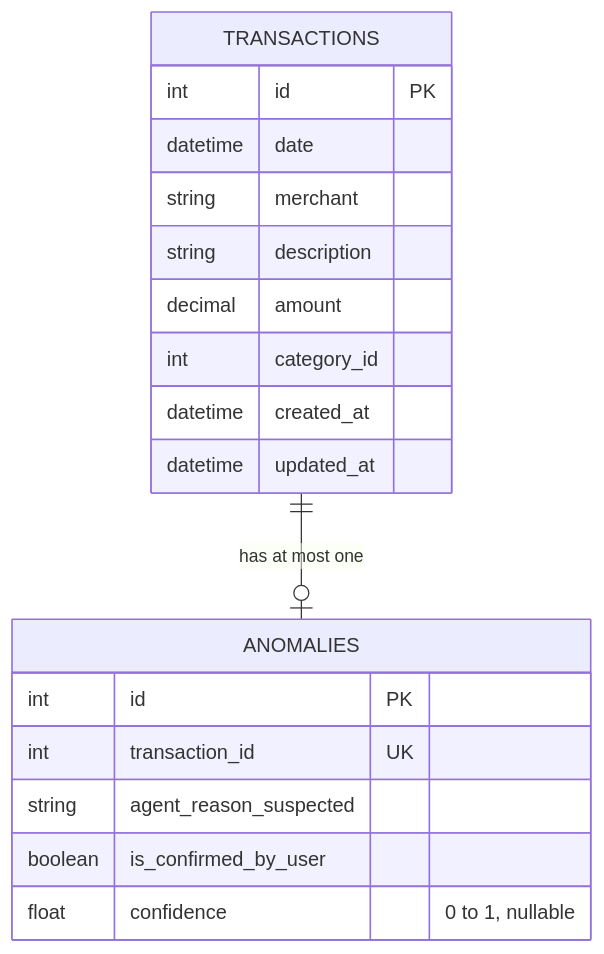
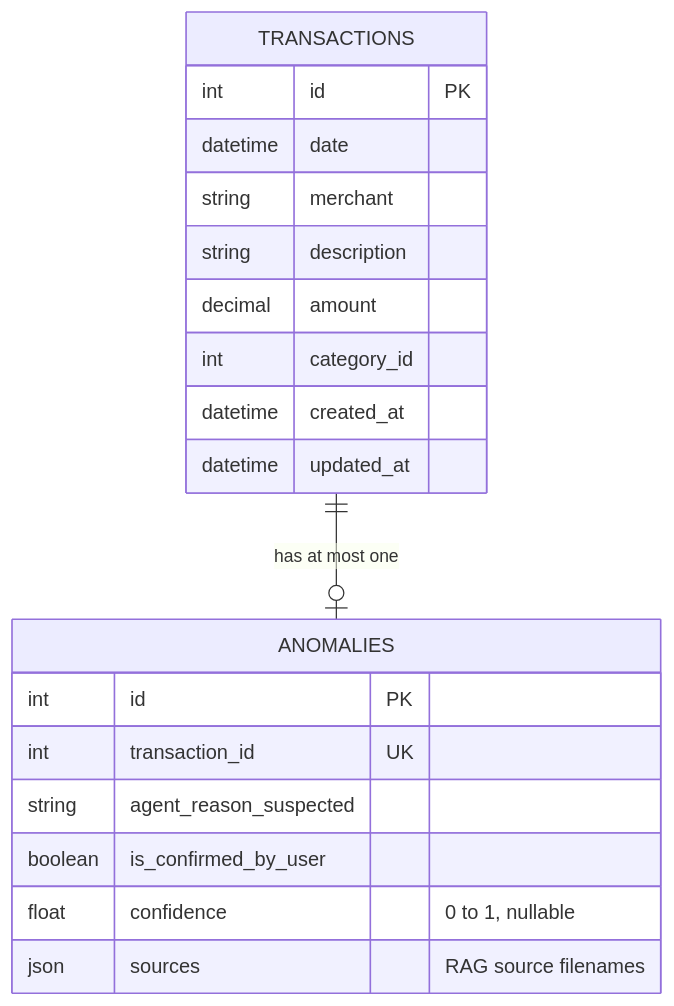
Before and after one commit to David-S-22/ASD-Spring-2026: the second of 3 diagrams in aiden/database/README.md, drawn with Mermaid. The commit also changed other lines of this file and 22 other files, not shown here.

````diff
--- a/aiden/database/README.md
+++ b/aiden/database/README.md
@@ -87,23 +90,24 @@
 ```mermaid
 erDiagram
     TRANSACTIONS ||--o| ANOMALIES : "has at most one"
 
     TRANSACTIONS {
         int id PK
         datetime date
         string merchant
         string description
         decimal amount
         int category_id
         datetime created_at
         datetime updated_at
     }
 
     ANOMALIES {
         int id PK
         int transaction_id UK
         string agent_reason_suspected
         boolean is_confirmed_by_user
         float confidence "0 to 1, nullable"
+        json sources "RAG source filenames"
     }
 ```
````
